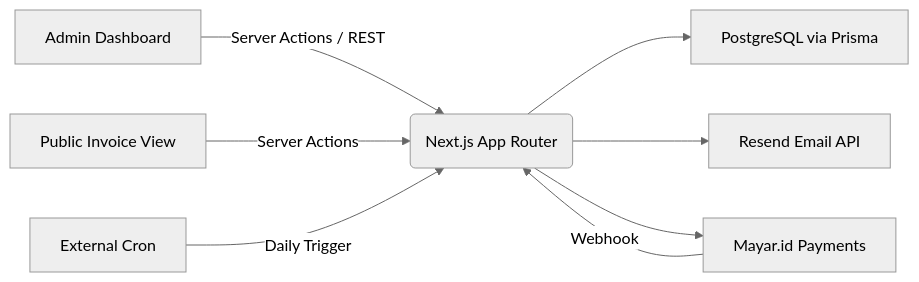
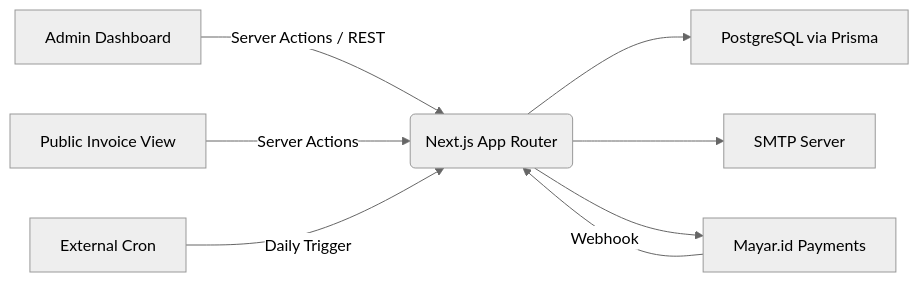
One commit to mrnx-dev/project-bill changed the diagram in README.md. Above: the diagram before and after it, drawn with Mermaid (neutral theme). The commit also changed other lines of this file and 7 other files, not shown here.

Commit message:
docs: describe SMTP instead of Resend

````diff
--- a/README.md
+++ b/README.md
@@ -75,10 +75,10 @@
 ```mermaid
 graph LR
     A[Admin Dashboard] -->|Server Actions / REST| B(Next.js App Router)
     C[Public Invoice View] -->|Server Actions| B
     B --> D[PostgreSQL via Prisma]
-    B --> E[Resend Email API]
+    B --> E[SMTP Server]
     B --> F[Mayar.id Payments]
     F -->|Webhook| B
     G[External Cron] -->|Daily Trigger| B
 ```
````
